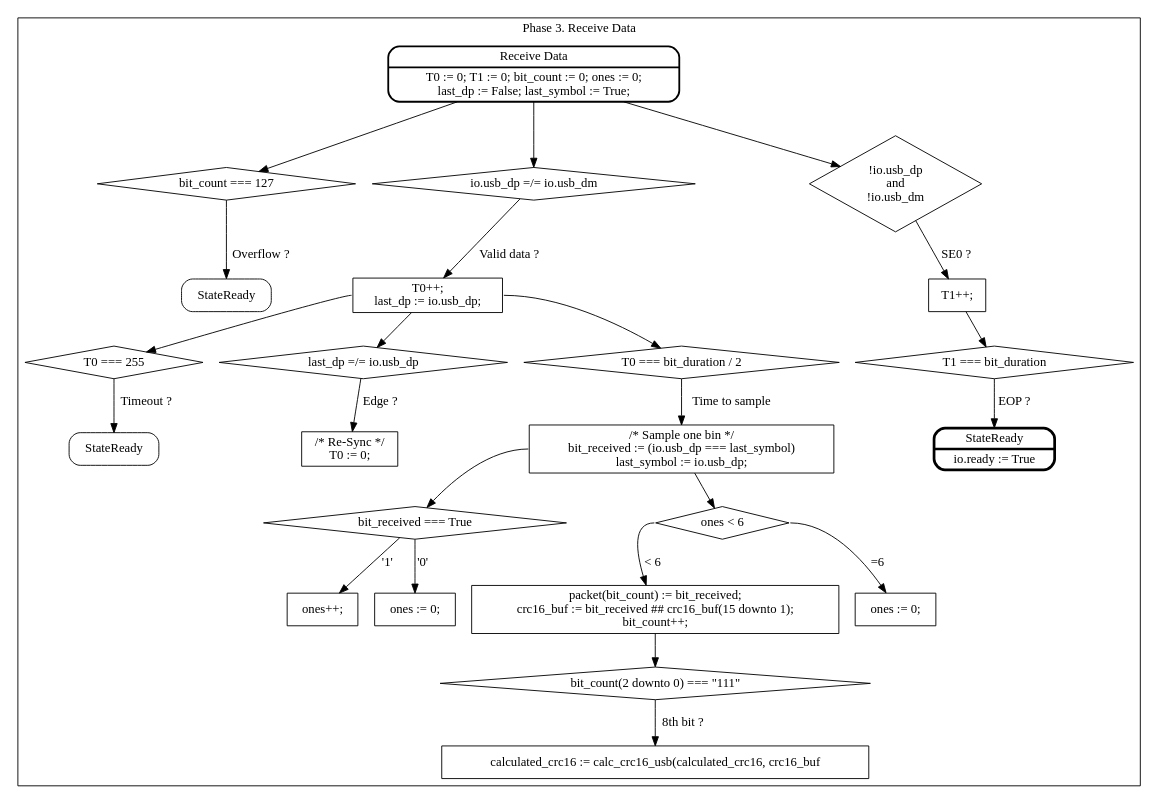
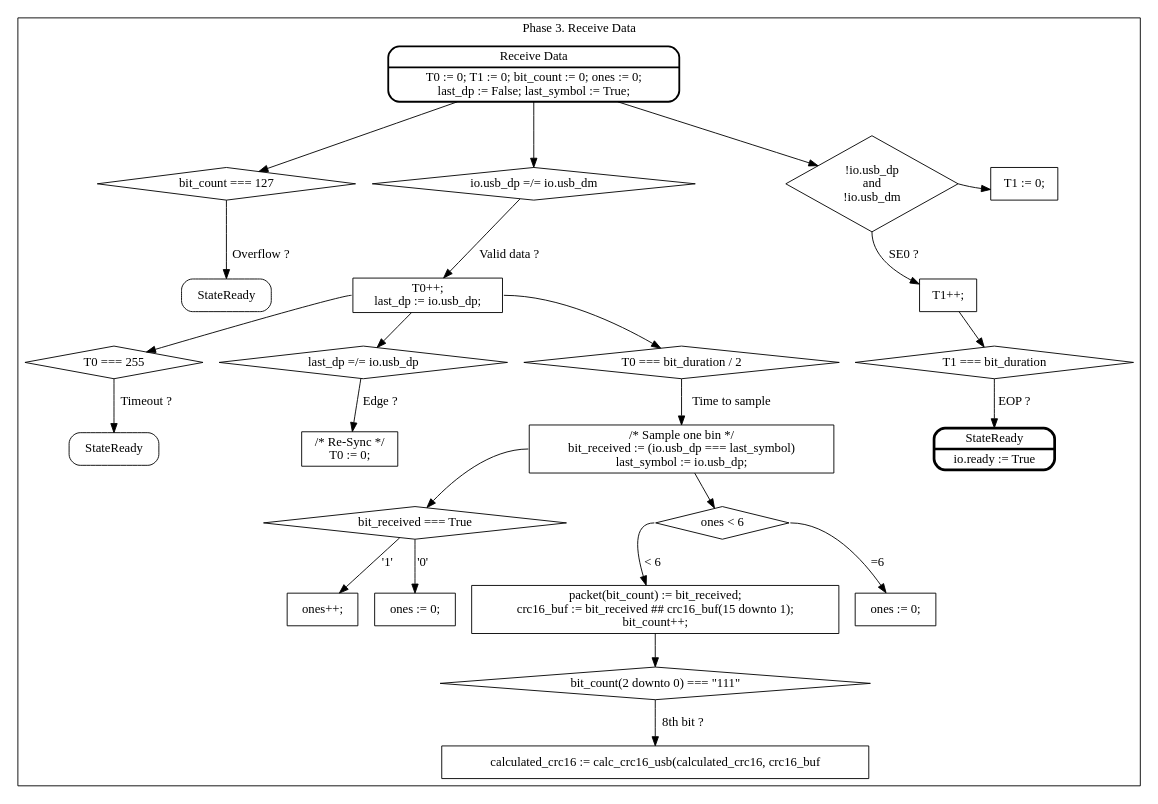
One commit to pointcheck/KarnixSOC changed the diagram in doc/graphs/USB10/USBReceiver3.dot. Above: the diagram before and after it, drawn with Graphviz. The commit also changed 5 other files, not shown here.

Commit message:
USB10: Update FSM diagrams

```diff
--- a/doc/graphs/USB10/USBReceiver3.dot
+++ b/doc/graphs/USB10/USBReceiver3.dot
@@ -1,55 +1,56 @@
 digraph USBReceiver {
 
 	subgraph cluster_3 {
 	
 		label = "Phase 3. Receive Data"
 		rankdir=TB; // Layout from top to bottom
 		node [shape=Mrecord]; // Shape of the nodes
 	
 		StateRecevingData[penwidth=2, label = "{Receive Data|T0 := 0; T1 := 0; bit_count := 0; ones := 0;\nlast_dp := False; last_symbol := True;}"];
 		StateRecevingData -> StateRecevingData_Overflow_diamond; StateRecevingData_Overflow_diamond[shape = "diamond", label = "bit_count === 127"]
 		StateRecevingData_Overflow_diamond -> StateReady31[label = "Overflow ?"]; StateReady31[label = "StateReady"]
 		//StateReady31 -> StateRecevingData_SE0_diamond[style = "invis"]
 
 	
 		StateRecevingData -> StateRecevingData_ValidData_diamond; StateRecevingData_ValidData_diamond[shape = "diamond", label = "io.usb_dp =/= io.usb_dm"];
 		StateRecevingData_ValidData_diamond -> StateRecevingData_ValidData_box[label = "Valid data ?"]; StateRecevingData_ValidData_box[shape = "box", label = "T0++;\nlast_dp := io.usb_dp;"];
 		StateRecevingData_ValidData_box:w -> StateRecevingData_ValidData_Timeout_diamond; StateRecevingData_ValidData_Timeout_diamond[shape = "diamond", label = "T0 === 255"];
 		StateRecevingData_ValidData_Timeout_diamond -> StateReady3[label = "Timeout ?"]; StateReady3[label = "StateReady"]
 	
 
 		StateRecevingData -> StateRecevingData_SE0_diamond; StateRecevingData_SE0_diamond[shape = "diamond", label = "!io.usb_dp\nand\n!io.usb_dm"]
-		StateRecevingData_SE0_diamond -> StateRecevingData_SE0_Sample_box[label = "SE0 ?"]; StateRecevingData_SE0_Sample_box[shape = "box", label = "T1++;"];
+		StateRecevingData_SE0_diamond:s -> StateRecevingData_SE0_Sample_box[label = "SE0 ?"]; StateRecevingData_SE0_Sample_box[shape = "box", label = "T1++;"];
 		StateRecevingData_SE0_Sample_box -> StateRecevingData_SE0_Sample_diamond; StateRecevingData_SE0_Sample_diamond[shape = "diamond", label = "T1 === bit_duration"];
 		StateRecevingData_SE0_Sample_diamond -> StateReady32[label = "EOP ?"]; StateReady32[penwidth=3, label = "{StateReady|io.ready := True}"];
+		{StateRecevingData_SE0_diamond:e -> StateRecevingData_SE0_ZeroT1_box; rank = same; StateRecevingData_SE0_ZeroT1_box[shape = "box", label = "T1 := 0;"]}
 
 	
 		StateRecevingData_ValidData_box -> StateRecevingData_ValidData_ReSync_diamond; StateRecevingData_ValidData_ReSync_diamond[shape = "diamond", label = "last_dp =/= io.usb_dp"];
 		//StateReady3 -> StateRecevingData_ValidData_ReSync_diamond[style = "invis"];
 	
 		StateRecevingData_ValidData_ReSync_diamond -> StateRecevingData_ValidData_ReSync_box[label = "Edge ?"]; StateRecevingData_ValidData_ReSync_box[shape = "box", label = "/* Re-Sync */\nT0 := 0;"]
 		//StateRecevingData_ValidData_box -> StateRecevingData_ValidData_BitDuration_diamond; StateRecevingData_ValidData_BitDuration_diamond[shape = "diamond", label = "T0 === bit_duration"];
 		//StateRecevingData_ValidData_BitDuration_diamond -> StateRecevingData_ValidData_ReSync_box[label = "Too long ?"];
 	
 		StateRecevingData_ValidData_box:e -> StateRecevingData_ValidData_HalfBitDuration_diamond; StateRecevingData_ValidData_HalfBitDuration_diamond[shape = "diamond", label = "T0 === bit_duration / 2"];
 		StateRecevingData_ValidData_HalfBitDuration_diamond -> StateRecevingData_ValidData_HalfBitDuration_box[label = "Time to sample"];
 		StateRecevingData_ValidData_HalfBitDuration_box[shape = "box", label = "/* Sample one bin */\nbit_received := (io.usb_dp === last_symbol)\nlast_symbol := io.usb_dp;"]
 		
 		StateRecevingData_ValidData_HalfBitDuration_box:w -> StateRecevingData_ValidData_IsOne_diamond; StateRecevingData_ValidData_IsOne_diamond[shape = "diamond", label = "bit_received === True"];
 		StateRecevingData_ValidData_IsOne_diamond -> StateRecevingData_ValidData_One_box[label = "'1'"]; StateRecevingData_ValidData_One_box[shape = "box", label = "ones++;"]
 		StateRecevingData_ValidData_IsOne_diamond -> StateRecevingData_ValidData_Zero_box[label = "'0'"]; StateRecevingData_ValidData_Zero_box[shape = "box", label = "ones := 0;"]
 		//StateRecevingData_ValidData_ReSync_box -> StateRecevingData_ValidData_HalfBitDuration_diamond[style = "invis"];
 	
 		StateRecevingData_ValidData_HalfBitDuration_box -> StateRecevingData_IsSixOnes_diamond; StateRecevingData_IsSixOnes_diamond[shape = "diamond", label = "ones < 6"];
 		StateRecevingData_IsSixOnes_diamond:w -> StateRecevingData_LessThanSix_box[label = "< 6"]; StateRecevingData_LessThanSix_box[shape = "box", label = "packet(bit_count) := bit_received;\ncrc16_buf := bit_received ## crc16_buf(15 downto 1);\nbit_count++;"]
 		StateRecevingData_LessThanSix_box -> StateRecevingData_IsCRC16_diamond; StateRecevingData_IsCRC16_diamond[shape = "diamond", label = "bit_count(2 downto 0) === \"111\""]; 
 		StateRecevingData_IsCRC16_diamond -> StateRecevingData_CalcCRC16_box[label = "8th bit ?"]; StateRecevingData_CalcCRC16_box[shape = "box", label = "calculated_crc16 := calc_crc16_usb(calculated_crc16, crc16_buf"];
 
 
 		StateRecevingData_IsSixOnes_diamond:e -> StateRecevingData_Six[label = "=6"]; StateRecevingData_Six[shape = "box", label = "ones := 0;"]
 		//StateRecevingData_ValidData_One_box -> StateRecevingData_IsSixOnes_diamond[style = "invis"]
 		//StateRecevingData_ValidData_ReSync_box -> StateRecevingData_ValidData_IsOne_diamond[style = "invis"]
 		StateRecevingData_ValidData_ReSync_diamond -> StateRecevingData_ValidData_IsOne_diamond[style = "invis"]
 			
 	}
 }
```
